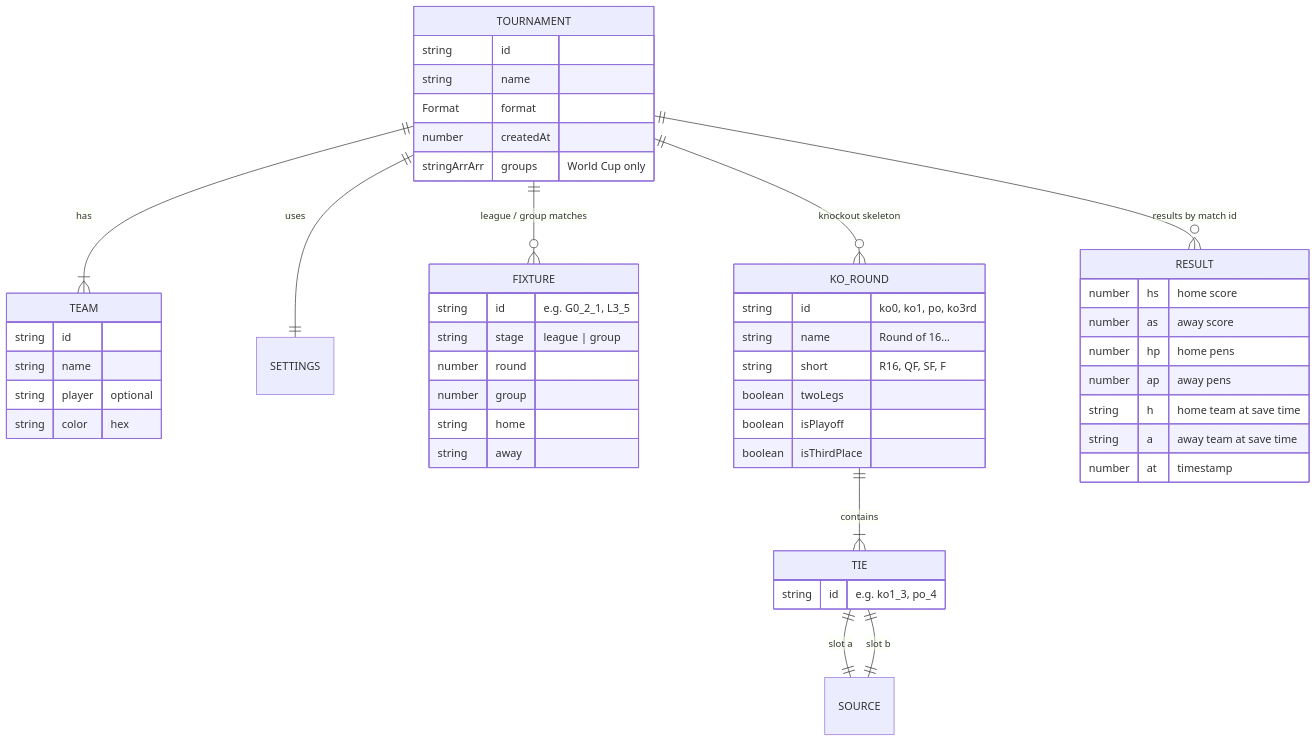
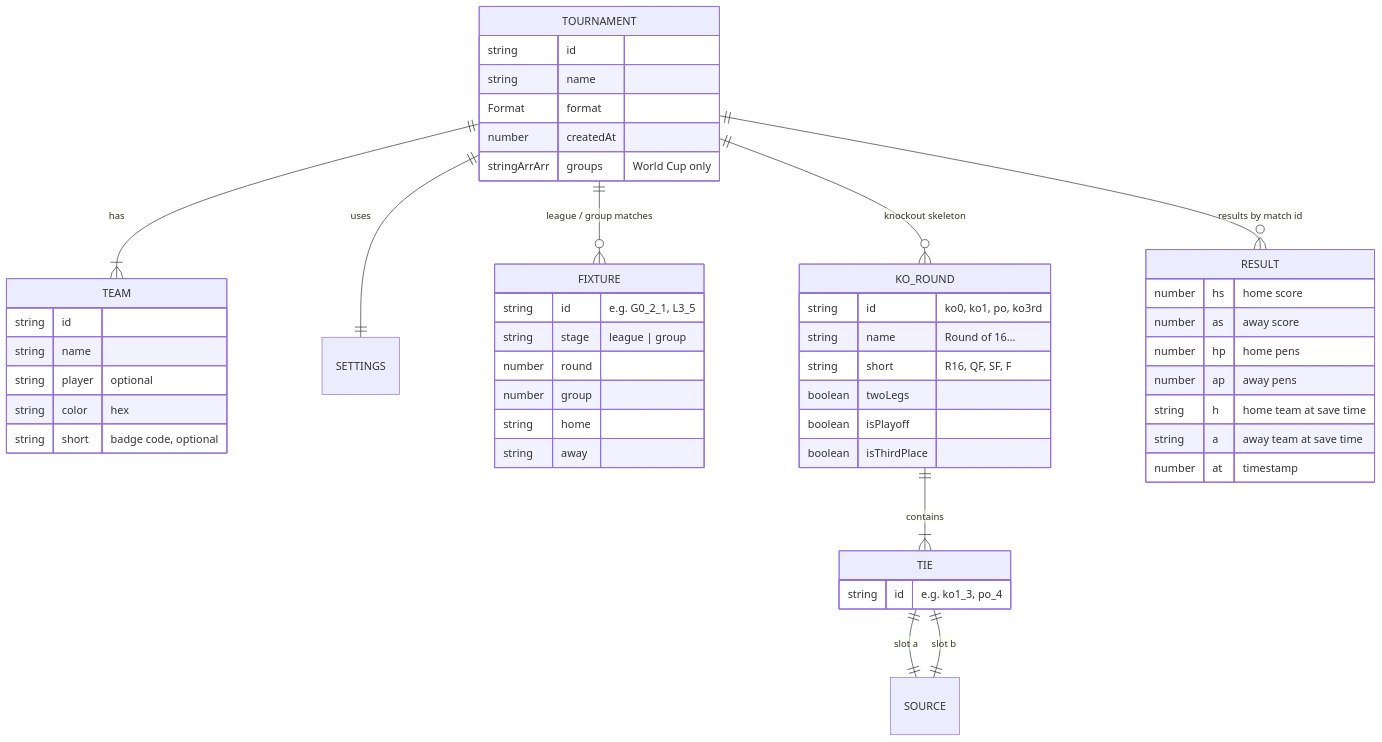
Before and after one commit to CalebTek/Pitchside: the diagram in docs/data-model.md, drawn with Mermaid. The commit also changed other lines of this file and 43 other files, not shown here.

First line of the commit message:
Docs: render diagrams as images, document new features

````diff
--- a/docs/data-model.md
+++ b/docs/data-model.md
@@ -7,53 +12,54 @@
 ```mermaid
 erDiagram
     TOURNAMENT ||--|{ TEAM : has
     TOURNAMENT ||--|| SETTINGS : uses
     TOURNAMENT ||--o{ FIXTURE : "league / group matches"
     TOURNAMENT ||--o{ KO_ROUND : "knockout skeleton"
     KO_ROUND ||--|{ TIE : contains
     TIE ||--|| SOURCE : "slot a"
     TIE ||--|| SOURCE : "slot b"
     TOURNAMENT ||--o{ RESULT : "results by match id"
 
     TOURNAMENT {
       string id
       string name
       Format format
       number createdAt
       stringArrArr groups "World Cup only"
     }
     TEAM {
       string id
       string name
       string player "optional"
       string color "hex"
+      string short "badge code, optional"
     }
     FIXTURE {
       string id "e.g. G0_2_1, L3_5"
       string stage "league | group"
       number round
       number group
       string home
       string away
     }
     KO_ROUND {
       string id "ko0, ko1, po, ko3rd"
       string name "Round of 16…"
       string short "R16, QF, SF, F"
       boolean twoLegs
       boolean isPlayoff
       boolean isThirdPlace
     }
     TIE {
       string id "e.g. ko1_3, po_4"
     }
     RESULT {
       number hs "home score"
       number as "away score"
       number hp "home pens"
       number ap "away pens"
       string h "home team at save time"
       string a "away team at save time"
       number at "timestamp"
     }
 ```
````
